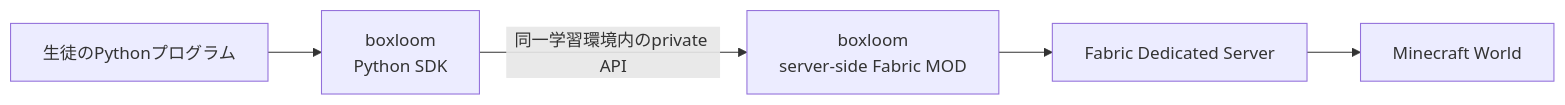
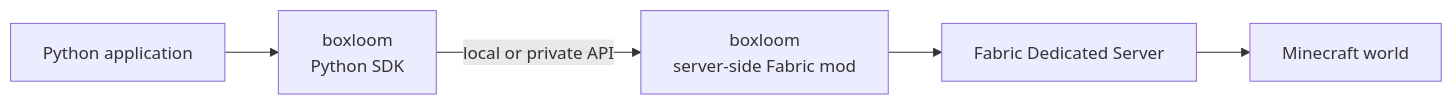
The diagram in README.md (k-yokoishi/boxloom), drawn with Mermaid before and after one commit. The commit also changed other lines of this file, not shown here.

````diff
--- a/README.md
+++ b/README.md
@@ -17,13 +17,13 @@
 ```mermaid
 flowchart LR
-    Program["生徒のPythonプログラム"]
+    Program["Python application"]
     SDK["boxloom<br/>Python SDK"]
-    MOD["boxloom<br/>server-side Fabric MOD"]
+    MOD["boxloom<br/>server-side Fabric mod"]
     Server["Fabric Dedicated Server"]
-    World["Minecraft World"]
+    World["Minecraft world"]
 
     Program --> SDK
-    SDK -->|"同一学習環境内のprivate API"| MOD
+    SDK -->|"local or private API"| MOD
     MOD --> Server
     Server --> World
 ```
````
